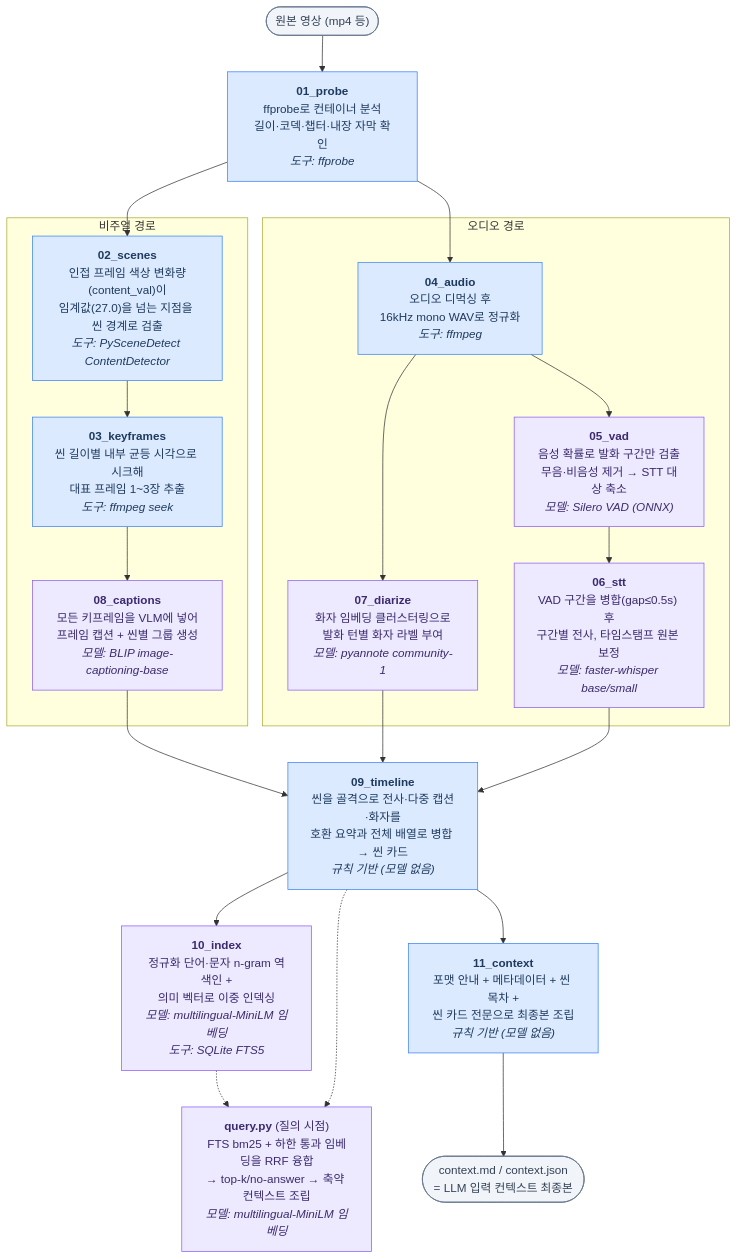
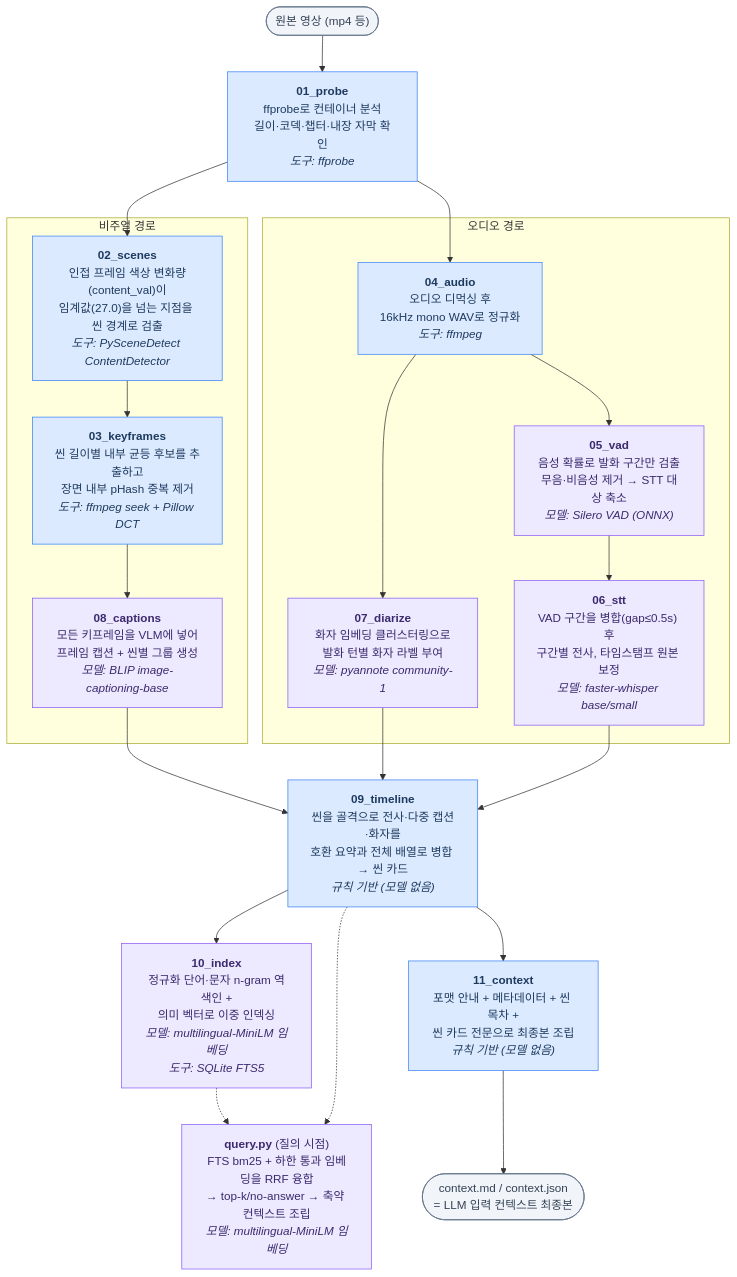
One commit to haesookimDev/video-preprocess changed the diagram in docs/05-pipeline.md. Above: the diagram before and after it, drawn with Mermaid. The commit also changed other lines of this file and 14 other files, not shown here.

````diff
--- a/docs/05-pipeline.md
+++ b/docs/05-pipeline.md
@@ -6,51 +6,51 @@
 ```mermaid
 flowchart TD
     V(["원본 영상 (mp4 등)"]) --> S01
 
     S01["<b>01_probe</b><br/>ffprobe로 컨테이너 분석<br/>길이·코덱·챕터·내장 자막 확인<br/><i>도구: ffprobe</i>"]
 
     S01 --> S02
     S01 --> S04
 
     subgraph VIDEO ["비주얼 경로"]
         S02["<b>02_scenes</b><br/>인접 프레임 색상 변화량(content_val)이<br/>임계값(27.0)을 넘는 지점을 씬 경계로 검출<br/><i>도구: PySceneDetect ContentDetector</i>"]
-        S03["<b>03_keyframes</b><br/>씬 길이별 내부 균등 시각으로 시크해<br/>대표 프레임 1~3장 추출<br/><i>도구: ffmpeg seek</i>"]
+        S03["<b>03_keyframes</b><br/>씬 길이별 내부 균등 후보를 추출하고<br/>장면 내부 pHash 중복 제거<br/><i>도구: ffmpeg seek + Pillow DCT</i>"]
         S08["<b>08_captions</b><br/>모든 키프레임을 VLM에 넣어<br/>프레임 캡션 + 씬별 그룹 생성<br/><i>모델: BLIP image-captioning-base</i>"]
         S02 --> S03 --> S08
     end
 
     subgraph AUDIO ["오디오 경로"]
         S04["<b>04_audio</b><br/>오디오 디먹싱 후<br/>16kHz mono WAV로 정규화<br/><i>도구: ffmpeg</i>"]
         S05["<b>05_vad</b><br/>음성 확률로 발화 구간만 검출<br/>무음·비음성 제거 → STT 대상 축소<br/><i>모델: Silero VAD (ONNX)</i>"]
         S06["<b>06_stt</b><br/>VAD 구간을 병합(gap≤0.5s) 후<br/>구간별 전사, 타임스탬프 원본 보정<br/><i>모델: faster-whisper base/small</i>"]
         S07["<b>07_diarize</b><br/>화자 임베딩 클러스터링으로<br/>발화 턴별 화자 라벨 부여<br/><i>모델: pyannote community-1</i>"]
         S04 --> S05 --> S06
         S04 --> S07
     end
 
     S08 --> S09
     S07 --> S09
     S06 --> S09
 
     S09["<b>09_timeline</b><br/>씬을 골격으로 전사·다중 캡션·화자를<br/>호환 요약과 전체 배열로 병합 → 씬 카드<br/><i>규칙 기반 (모델 없음)</i>"]
 
     S09 --> S10
     S09 --> S11
 
     S10["<b>10_index</b><br/>정규화 단어·문자 n-gram 역색인 +<br/>의미 벡터로 이중 인덱싱<br/><i>모델: multilingual-MiniLM 임베딩<br/>도구: SQLite FTS5</i>"]
 
     S11["<b>11_context</b><br/>포맷 안내 + 메타데이터 + 씬 목차 +<br/>씬 카드 전문으로 최종본 조립<br/><i>규칙 기반 (모델 없음)</i>"]
 
     S11 --> OUT(["context.md / context.json<br/>= LLM 입력 컨텍스트 최종본"])
 
     S10 -.-> Q
     S09 -.-> Q
     Q["<b>query.py</b> (질의 시점)<br/>FTS bm25 + 하한 통과 임베딩을 RRF 융합<br/>→ top-k/no-answer → 축약 컨텍스트 조립<br/><i>모델: multilingual-MiniLM 임베딩</i>"]
 
     classDef rule fill:#dbeafe,stroke:#3b82f6,color:#1e3a5f
     classDef ml fill:#ede9fe,stroke:#8b5cf6,color:#3b2a6e
     classDef io fill:#f1f5f9,stroke:#64748b,color:#334155
     class S01,S02,S03,S04,S09,S11 rule
     class S05,S06,S07,S08,S10,Q ml
     class V,OUT io
 ```
````
